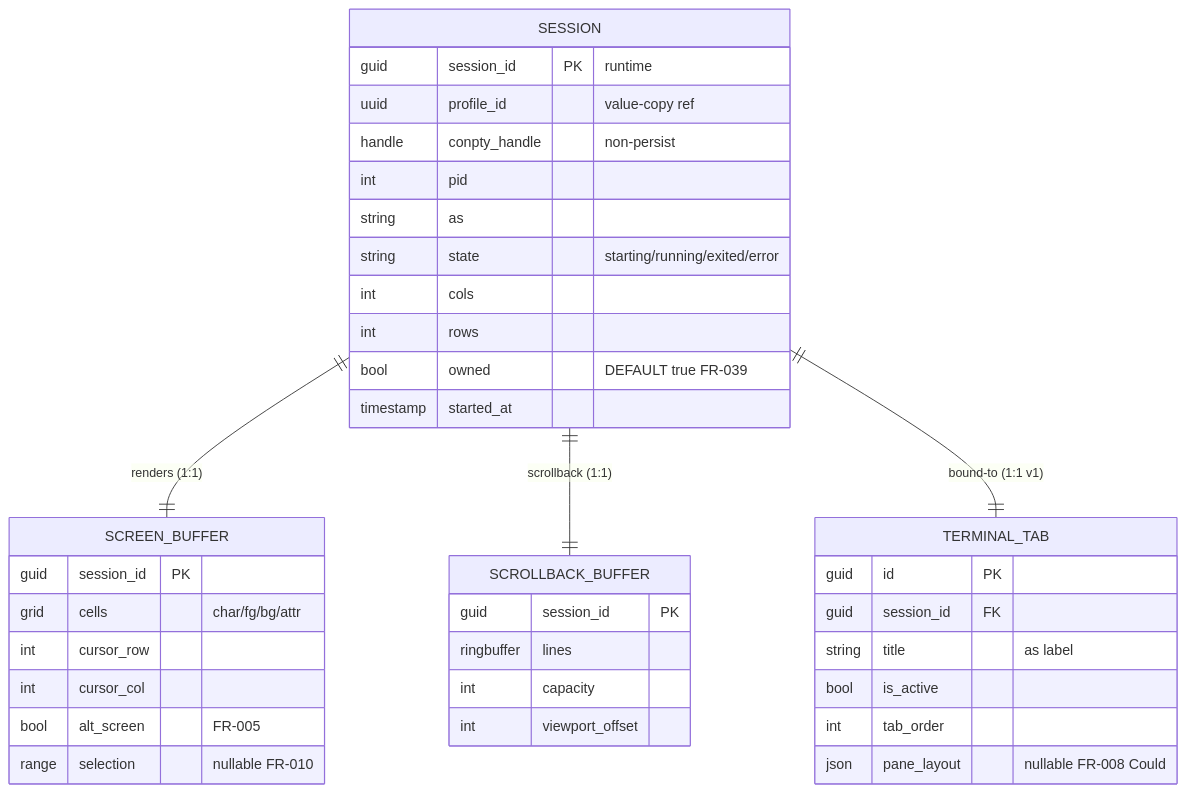
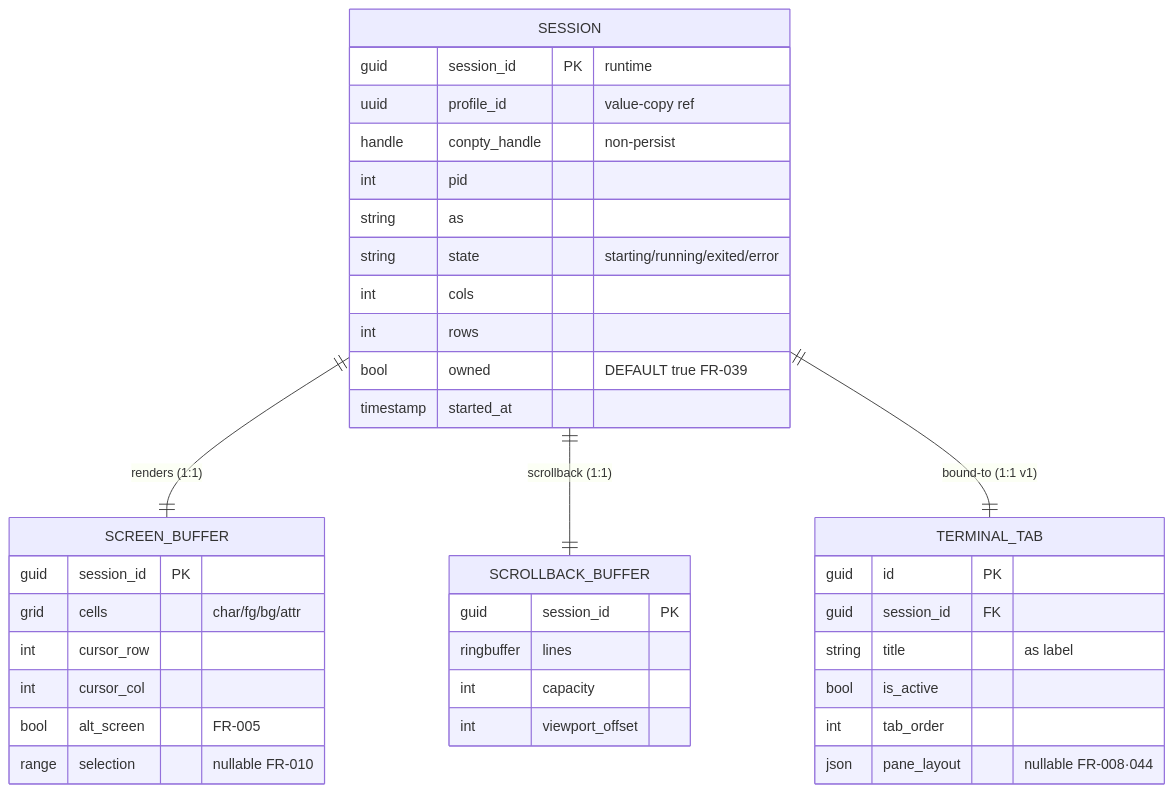
Before and after one commit to MAHT1990/control_tower_win: the second of 3 diagrams in docs/plans/v1/09_database.md, drawn with Mermaid. The commit also changed other lines of this file and 14 other files, not shown here.

````diff
--- a/docs/plans/v1/09_database.md
+++ b/docs/plans/v1/09_database.md
@@ -209,41 +209,41 @@
 ```mermaid
 erDiagram
     SESSION ||--|| SCREEN_BUFFER : "renders (1:1)"
     SESSION ||--|| SCROLLBACK_BUFFER : "scrollback (1:1)"
     SESSION ||--|| TERMINAL_TAB : "bound-to (1:1 v1)"
 
     SESSION {
         guid session_id PK "runtime"
         uuid profile_id "value-copy ref"
         handle conpty_handle "non-persist"
         int pid
         string as
         string state "starting/running/exited/error"
         int cols
         int rows
         bool owned "DEFAULT true FR-039"
         timestamp started_at
     }
     SCREEN_BUFFER {
         guid session_id PK
         grid cells "char/fg/bg/attr"
         int cursor_row
         int cursor_col
         bool alt_screen "FR-005"
         range selection "nullable FR-010"
     }
     SCROLLBACK_BUFFER {
         guid session_id PK
         ringbuffer lines
         int capacity
         int viewport_offset
     }
     TERMINAL_TAB {
         guid id PK
         guid session_id FK
         string title "as label"
         bool is_active
         int tab_order
-        json pane_layout "nullable FR-008 Could"
+        json pane_layout "nullable FR-008·044"
     }
 ```
````
